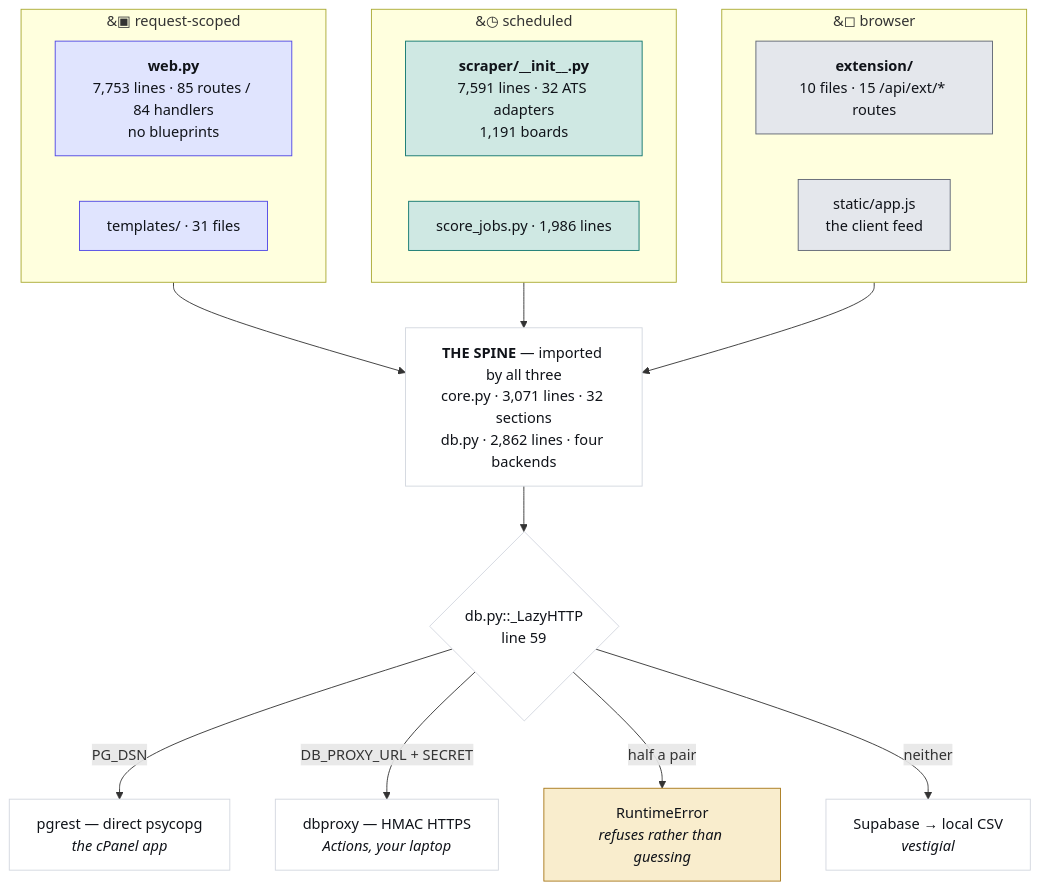
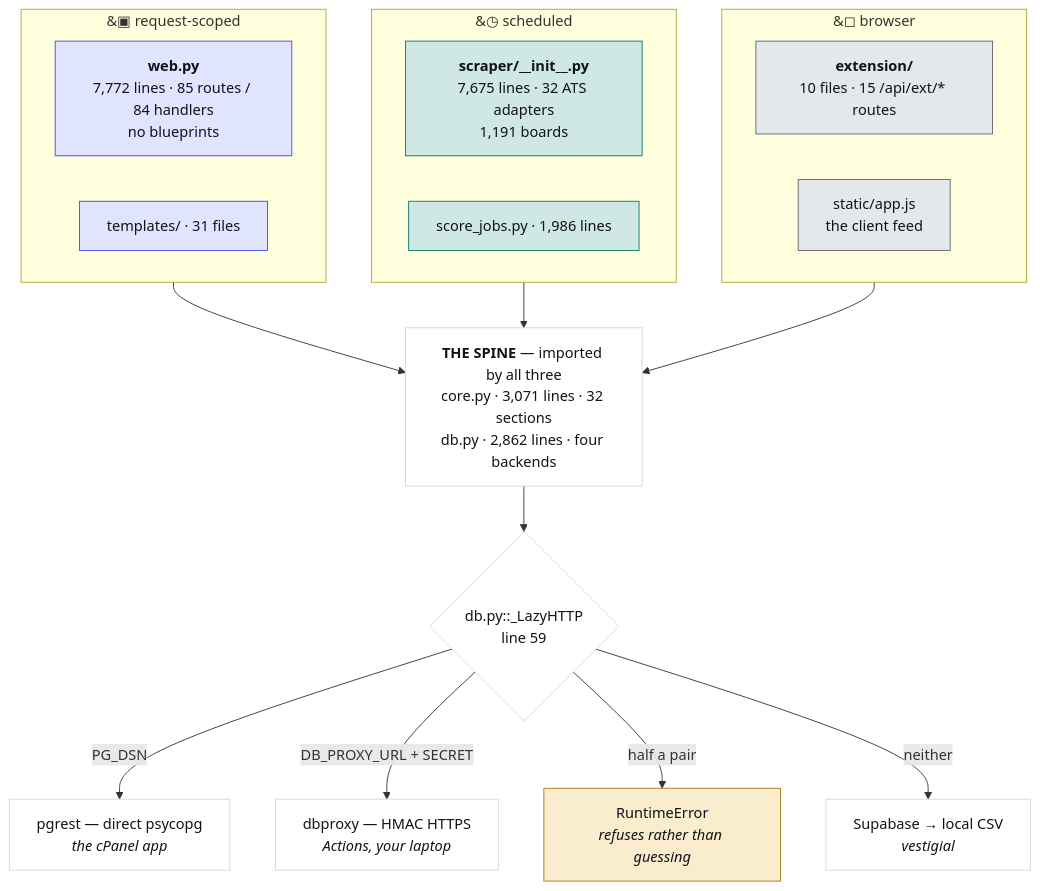
Before and after one commit to hadakunal909-debug/job-search-tool: the first of 4 diagrams in JobMatch Scraper/docs/ARCHITECTURE.md, drawn with Mermaid. The commit also changed other lines of this file and 8 other files, not shown here.

````diff
--- a/JobMatch Scraper/docs/ARCHITECTURE.md
+++ b/JobMatch Scraper/docs/ARCHITECTURE.md
@@ -45,34 +45,34 @@
 ```mermaid
 flowchart TB
   subgraph REQ["&#9635; request-scoped"]
-    W["<b>web.py</b><br/>7,753 lines · 85 routes / 84 handlers<br/>no blueprints"]
+    W["<b>web.py</b><br/>7,772 lines · 85 routes / 84 handlers<br/>no blueprints"]
     T["templates/ · 31 files"]
   end
   subgraph SCH["&#9719; scheduled"]
-    S["<b>scraper/__init__.py</b><br/>7,591 lines · 32 ATS adapters<br/>1,191 boards"]
+    S["<b>scraper/__init__.py</b><br/>7,675 lines · 32 ATS adapters<br/>1,191 boards"]
     J["score_jobs.py · 1,986 lines"]
   end
   subgraph CLI["&#9723; browser"]
     E["<b>extension/</b><br/>10 files · 15 /api/ext/* routes"]
     A["static/app.js<br/>the client feed"]
   end
   SPINE["<b>THE SPINE</b> — imported by all three<br/>core.py · 3,071 lines · 32 sections<br/>db.py · 2,862 lines · four backends"]
   REQ --> SPINE
   SCH --> SPINE
   CLI --> SPINE
   SPINE --> D{"db.py::_LazyHTTP<br/>line 59"}
   D -->|"PG_DSN"| P["pgrest — direct psycopg<br/><i>the cPanel app</i>"]
   D -->|"DB_PROXY_URL + SECRET"| X["dbproxy — HMAC HTTPS<br/><i>Actions, your laptop</i>"]
   D -->|"half a pair"| R["RuntimeError<br/><i>refuses rather than guessing</i>"]
   D -->|"neither"| V["Supabase → local CSV<br/><i>vestigial</i>"]
   classDef web fill:#e0e4fe,stroke:#4f46e5,color:#101319
   classDef sched fill:#cfe8e3,stroke:#0f766e,color:#101319
   classDef client fill:#e4e7ec,stroke:#5f6573,color:#101319
   classDef trap fill:#f9edcd,stroke:#a8781a,color:#101319
   classDef plain fill:#ffffff,stroke:#d3d7df,color:#101319
   class W,T web
   class S,J sched
   class E,A client
   class R trap
   class SPINE,D,P,X,V plain
 ```
````
